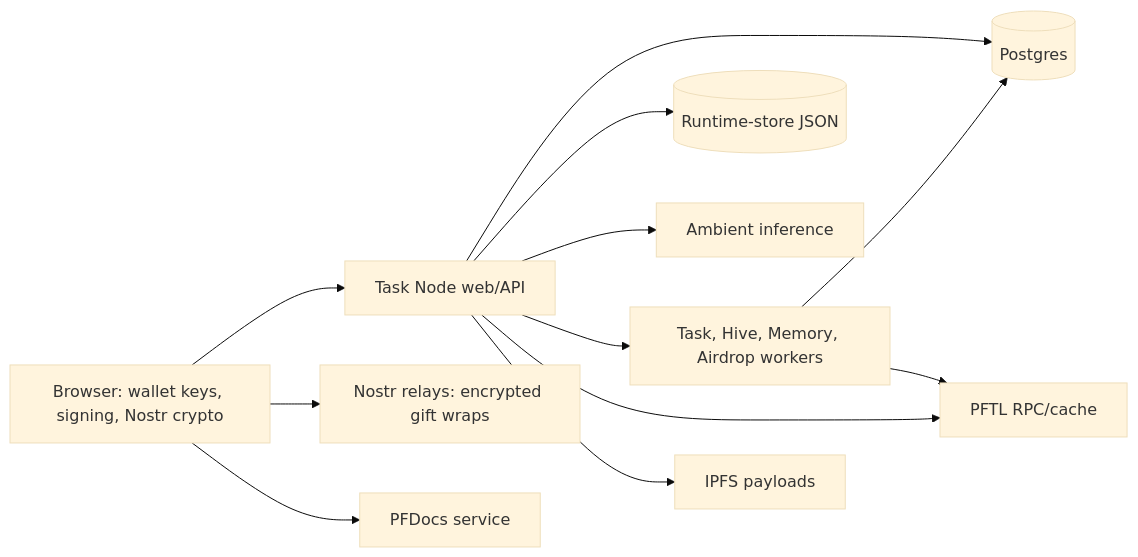
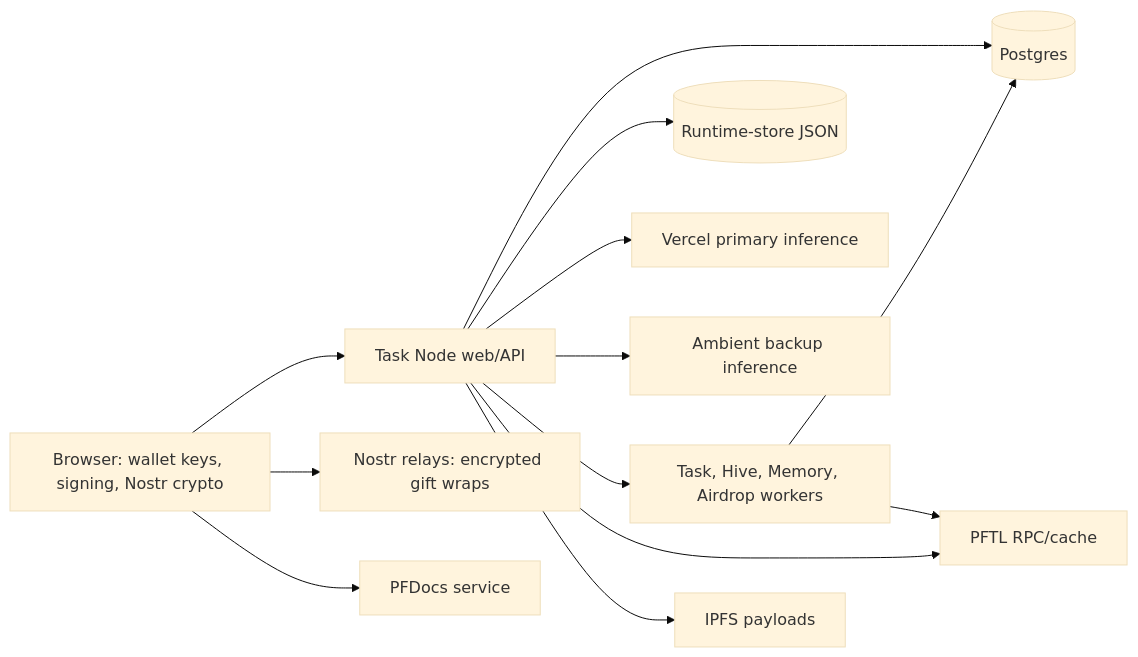
One commit to postfiatorg/tasknode changed the diagram in docs/wiki/index.md. Above: the diagram before and after it, drawn with Mermaid (base theme). The commit also changed other lines of this file and 629 other files, not shown here.

````diff
--- a/docs/wiki/index.md
+++ b/docs/wiki/index.md
@@ -54,14 +56,15 @@
 ```mermaid
 flowchart LR
   Browser[Browser: wallet keys, signing, Nostr crypto] --> API[Task Node web/API]
   API --> PG[(Postgres)]
   API --> Store[(Runtime-store JSON)]
-  API --> Ambient[Ambient inference]
+  API --> Gateway[Vercel primary inference]
+  API --> Ambient[Ambient backup inference]
   API --> Workers[Task, Hive, Memory, Airdrop workers]
   Browser --> Relays[Nostr relays: encrypted gift wraps]
   Browser --> PFDocs[PFDocs service]
   API --> PFTL[PFTL RPC/cache]
   API --> IPFS[IPFS payloads]
   Workers --> PG
   Workers --> PFTL
 ```
````
